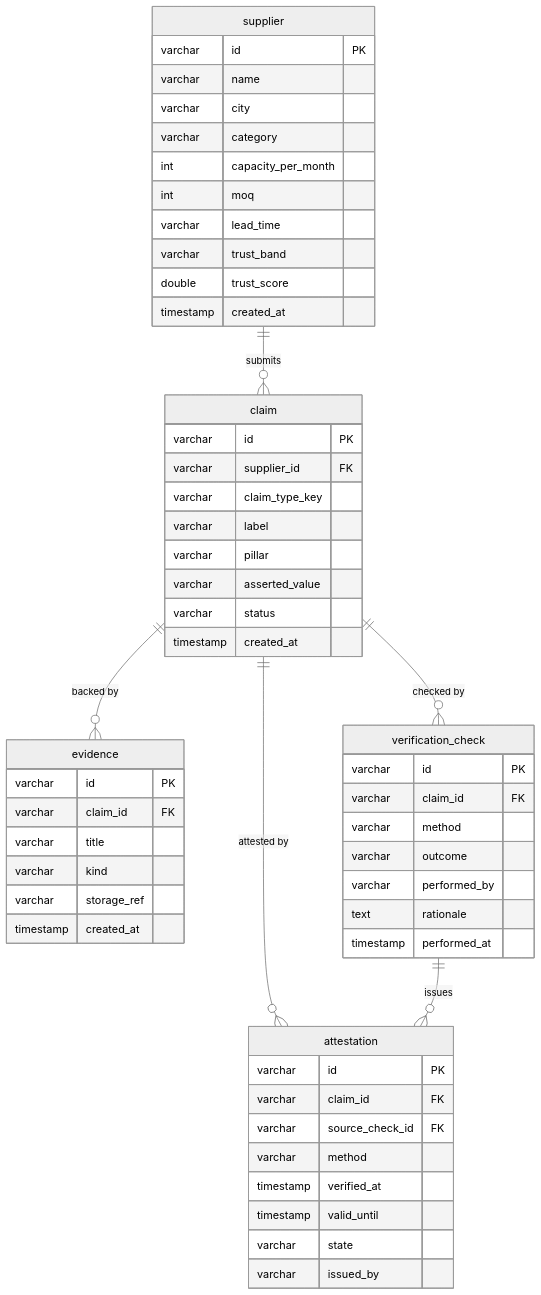
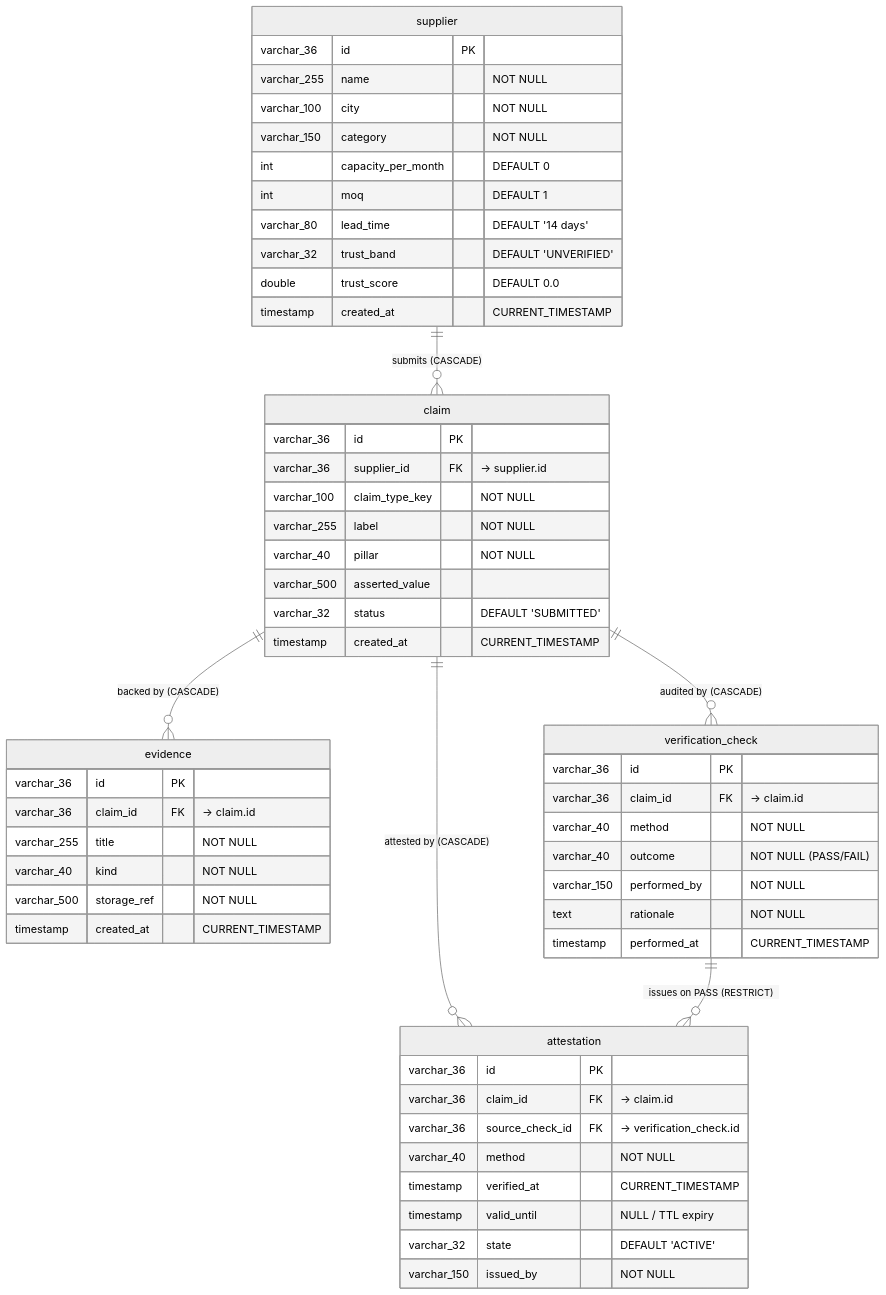
Before and after one commit to ArchitSublok/supify: the first of 2 diagrams in docs/database-architecture.md, drawn with Mermaid (neutral theme). The commit also changed other lines of this file and 29 other files, not shown here.

Commit message:
docs: reconstruct UML/ER diagrams, live MySQL/JDBC entries, remove test suite mentions, and organize visuals under albums/

````diff
--- a/docs/database-architecture.md
+++ b/docs/database-architecture.md
@@ -11,62 +13,62 @@
 ```mermaid
 erDiagram
-    supplier ||--o{ claim : "submits"
-    claim ||--o{ evidence : "backed by"
-    claim ||--o{ verification_check : "checked by"
-    claim ||--o{ attestation : "attested by"
-    verification_check ||--o{ attestation : "issues"
+    supplier ||--o{ claim : "submits (CASCADE)"
+    claim ||--o{ evidence : "backed by (CASCADE)"
+    claim ||--o{ verification_check : "audited by (CASCADE)"
+    claim ||--o{ attestation : "attested by (CASCADE)"
+    verification_check ||--o{ attestation : "issues on PASS (RESTRICT)"
 
     supplier {
-        varchar id PK
-        varchar name
-        varchar city
-        varchar category
-        int capacity_per_month
-        int moq
-        varchar lead_time
-        varchar trust_band
-        double trust_score
-        timestamp created_at
+        varchar_36 id PK
+        varchar_255 name "NOT NULL"
+        varchar_100 city "NOT NULL"
+        varchar_150 category "NOT NULL"
+        int capacity_per_month "DEFAULT 0"
+        int moq "DEFAULT 1"
+        varchar_80 lead_time "DEFAULT '14 days'"
+        varchar_32 trust_band "DEFAULT 'UNVERIFIED'"
+        double trust_score "DEFAULT 0.0"
+        timestamp created_at "CURRENT_TIMESTAMP"
     }
 
     claim {
-        varchar id PK
-        varchar supplier_id FK
-        varchar claim_type_key
-        varchar label
-        varchar pillar
-        varchar asserted_value
-        varchar status
-        timestamp created_at
+        varchar_36 id PK
+        varchar_36 supplier_id FK "-> supplier.id"
+        varchar_100 claim_type_key "NOT NULL"
+        varchar_255 label "NOT NULL"
+        varchar_40 pillar "NOT NULL"
+        varchar_500 asserted_value
+        varchar_32 status "DEFAULT 'SUBMITTED'"
+        timestamp created_at "CURRENT_TIMESTAMP"
     }
 
     evidence {
-        varchar id PK
-        varchar claim_id FK
-        varchar title
-        varchar kind
-        varchar storage_ref
-        timestamp created_at
+        varchar_36 id PK
+        varchar_36 claim_id FK "-> claim.id"
+        varchar_255 title "NOT NULL"
+        varchar_40 kind "NOT NULL"
+        varchar_500 storage_ref "NOT NULL"
+        timestamp created_at "CURRENT_TIMESTAMP"
     }
 
     verification_check {
-        varchar id PK
-        varchar claim_id FK
-        varchar method
-        varchar outcome
-        varchar performed_by
-        text rationale
-        timestamp performed_at
+        varchar_36 id PK
+        varchar_36 claim_id FK "-> claim.id"
+        varchar_40 method "NOT NULL"
+        varchar_40 outcome "NOT NULL (PASS/FAIL)"
+        varchar_150 performed_by "NOT NULL"
+        text rationale "NOT NULL"
+        timestamp performed_at "CURRENT_TIMESTAMP"
     }
 
     attestation {
-        varchar id PK
-        varchar claim_id FK
-        varchar source_check_id FK
-        varchar method
-        timestamp verified_at
-        timestamp valid_until
-        varchar state
-        varchar issued_by
+        varchar_36 id PK
+        varchar_36 claim_id FK "-> claim.id"
+        varchar_36 source_check_id FK "-> verification_check.id"
+        varchar_40 method "NOT NULL"
+        timestamp verified_at "CURRENT_TIMESTAMP"
+        timestamp valid_until "NULL / TTL expiry"
+        varchar_32 state "DEFAULT 'ACTIVE'"
+        varchar_150 issued_by "NOT NULL"
     }
 ```
````
